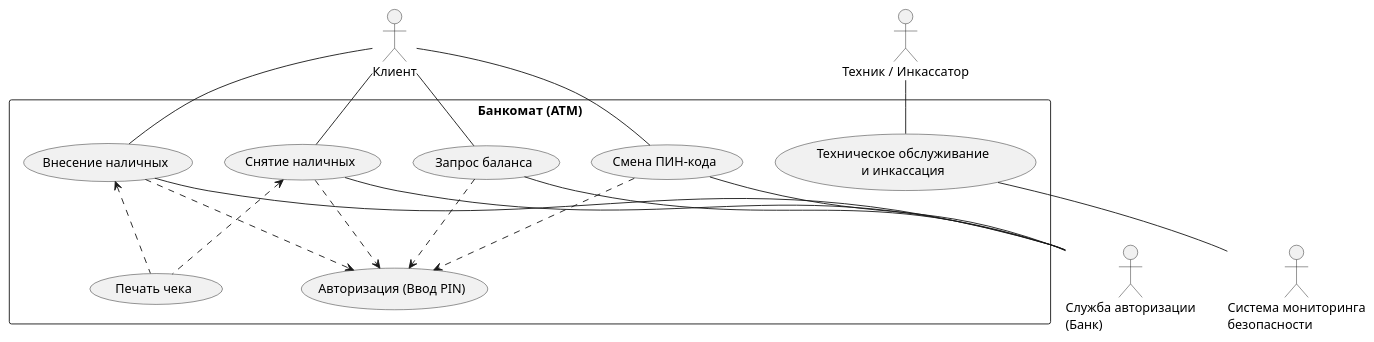
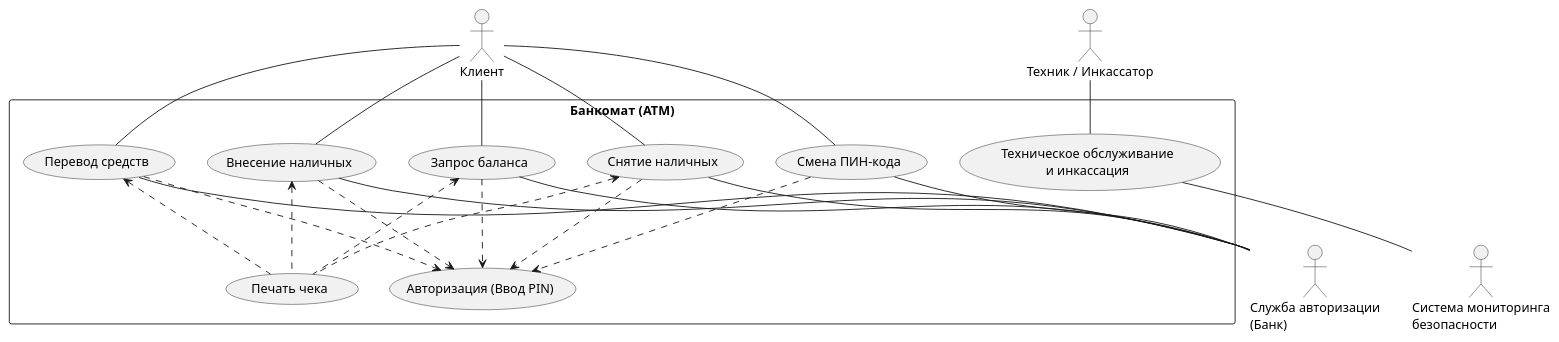
Before and after one commit to penamarth/bsbo-16-23_team5_var1_atm: the diagram in Диаграммы/Диграмма прецедентов.puml, drawn with PlantUML. The commit also changed 26 other files, not shown here.

```diff
--- a/Диаграммы/Диграмма прецедентов.puml
+++ b/Диаграммы/Диграмма прецедентов.puml
@@ -1,57 +1,63 @@
 @startuml
 skinparam monochrome true
 skinparam packageStyle rectangle
 skinparam shadowing false
 
 actor "Клиент" as Client
 actor "Техник / Инкассатор" as Technician
 
 rectangle "Банкомат (ATM)" {
     ' Основные варианты использования
     usecase "Снятие наличных" as Withdraw
     usecase "Запрос баланса" as CheckBalance
     usecase "Внесение наличных" as Deposit
+    usecase "Перевод средств" as Transfer
     usecase "Смена ПИН-кода" as ChangePin
     
     ' Вспомогательные варианты
     usecase "Авторизация (Ввод PIN)" as Auth
     usecase "Печать чека" as PrintReceipt
     
     ' Служебные варианты
     usecase "Техническое обслуживание\nи инкассация" as Maintenance
 }
 
 actor "Служба авторизации\n(Банк)" as BankSystem
 actor "Система мониторинга\nбезопасности" as SecuritySystem
 
 
 ' 1. Связи Клиента с функциями
 Client -- Withdraw
 Client -- CheckBalance
 Client -- Deposit
+Client -- Transfer
 Client -- ChangePin
 
 ' 2. Связи между вариантами
 ' Чтобы снять деньги или проверить баланс, нужно пройти авторизацию
 Withdraw ..> Auth
 CheckBalance ..> Auth
 Deposit ..> Auth
+Transfer ..> Auth
 ChangePin ..> Auth
 
 ' 3. Дополнительные опции
 ' Чек печатается по желанию
 Withdraw <.. PrintReceipt
 Deposit <.. PrintReceipt
+Transfer <.. PrintReceipt
+CheckBalance <.. PrintReceipt
 
 ' 4. Связи с внешними системами 
 ' Банкомат обращается к банку для проверки денег и счета
 Withdraw -- BankSystem
 CheckBalance -- BankSystem
 Deposit -- BankSystem
+Transfer -- BankSystem
 ChangePin -- BankSystem
 
 ' 5. Связи Техника
 Technician -- Maintenance
 ' Обслуживание фиксируется в системе безопасности
 Maintenance -- SecuritySystem
 @enduml
```
